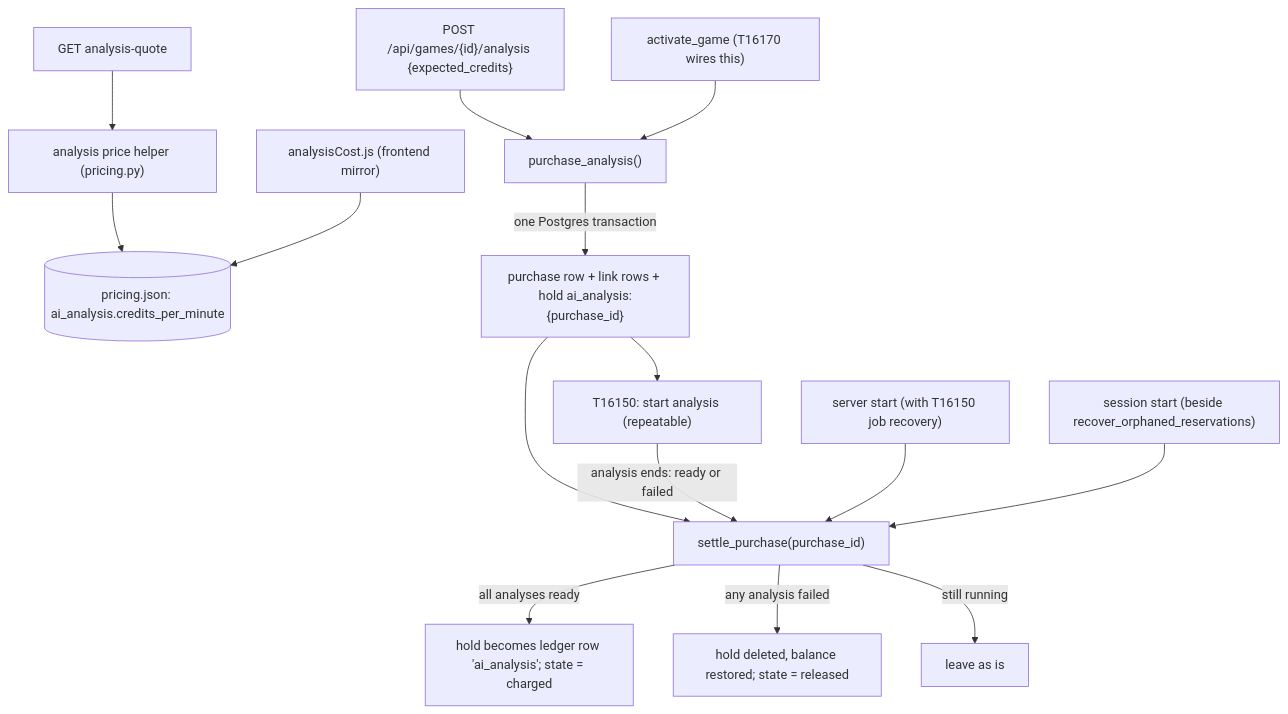
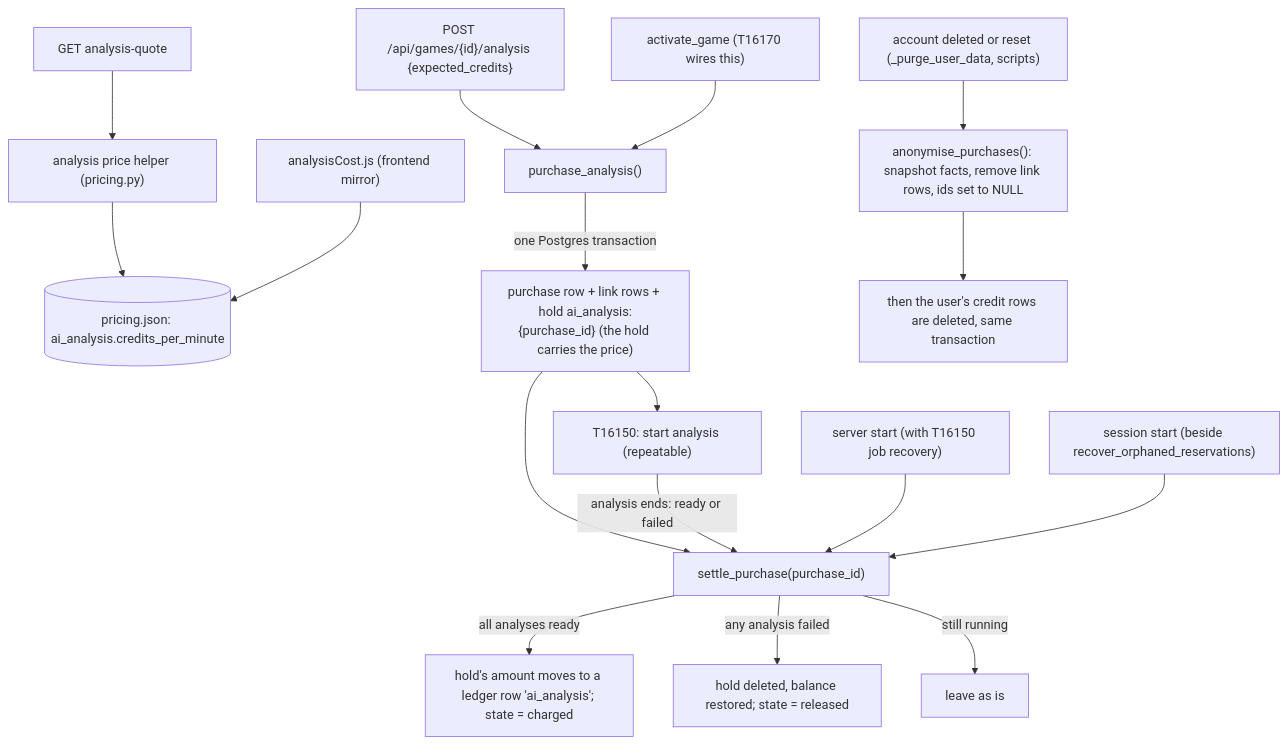
Before and after one commit to imankha/video-editor: the second of 3 diagrams in docs/plans/tasks/T16160-design.md, drawn with Mermaid. The commit also changed other lines of this file, not shown here.

````diff
--- a/docs/plans/tasks/T16160-design.md
+++ b/docs/plans/tasks/T16160-design.md
@@ -437,20 +431,23 @@
 ```mermaid
 flowchart TD
     Q["GET analysis-quote"] --> P["analysis price helper (pricing.py)"]
     P --> J[("pricing.json: ai_analysis.credits_per_minute")]
     FE["analysisCost.js (frontend mirror)"] --> J
 
     B["POST /api/games/{id}/analysis {expected_credits}"] --> S["purchase_analysis()"]
     A2["activate_game (T16170 wires this)"] --> S
-    S -->|one Postgres transaction| TX["purchase row + link rows + hold ai_analysis:{purchase_id}"]
+    S -->|one Postgres transaction| TX["purchase row + link rows + hold ai_analysis:{purchase_id} (the hold carries the price)"]
     TX --> E["T16150: start analysis (repeatable)"]
     TX --> ST
 
     E -->|analysis ends: ready or failed| ST["settle_purchase(purchase_id)"]
     BOOT["server start (with T16150 job recovery)"] --> ST
     SI["session start (beside recover_orphaned_reservations)"] --> ST
 
-    ST -->|all analyses ready| OK["hold becomes ledger row 'ai_analysis'; state = charged"]
+    ST -->|all analyses ready| OK["hold's amount moves to a ledger row 'ai_analysis'; state = charged"]
     ST -->|any analysis failed| REL["hold deleted, balance restored; state = released"]
     ST -->|still running| W["leave as is"]
+
+    DEL["account deleted or reset (_purge_user_data, scripts)"] --> AN["anonymise_purchases(): snapshot facts, remove link rows, ids set to NULL"]
+    AN --> LED["then the user's credit rows are deleted, same transaction"]
 ```
````
